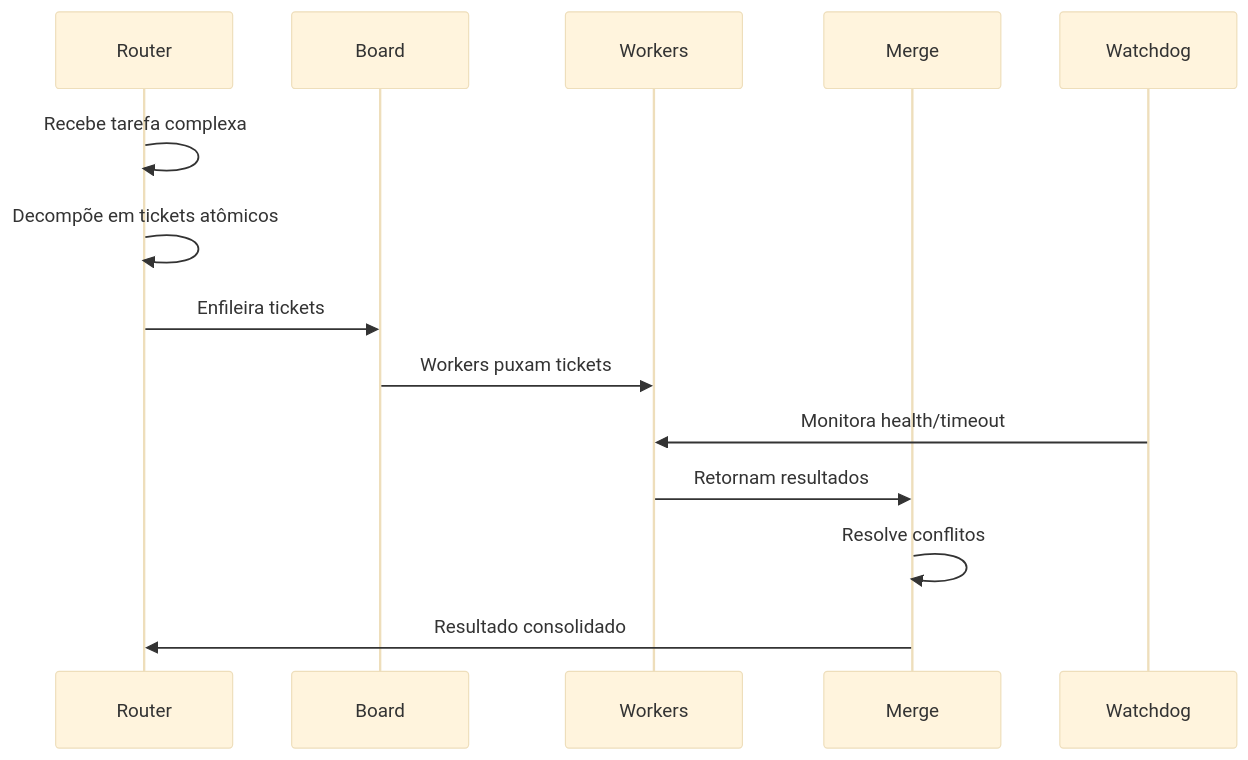
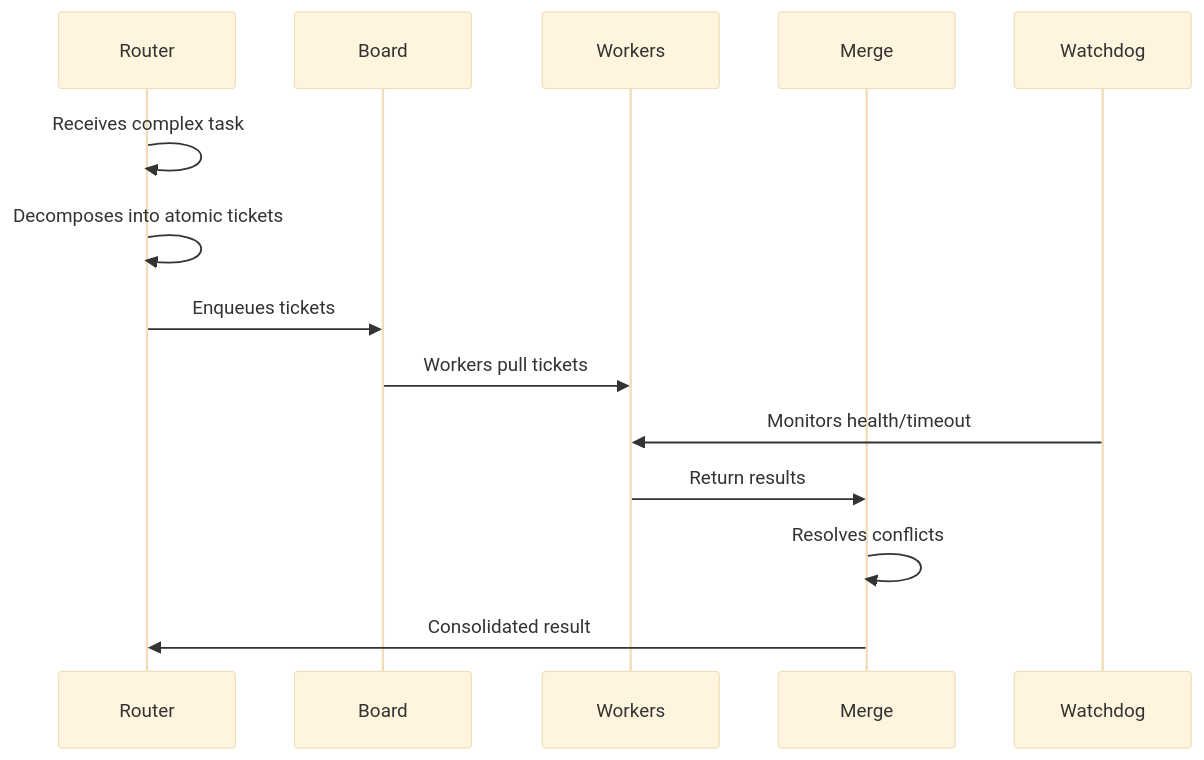
Before and after one commit to leonardo-moraes360/toolbelt: diagram 13 of 17 in docs/arquitetura.md, drawn with Mermaid (base theme). The commit also changed other lines of this file and 9 other files, not shown here.

````diff
--- a/docs/arquitetura.md
+++ b/docs/arquitetura.md
@@ -775,17 +775,17 @@
 ```mermaid
 sequenceDiagram
     participant R as Router
     participant B as Board
     participant W as Workers
     participant M as Merge
     participant WD as Watchdog
 
-    R->>R: Recebe tarefa complexa
-    R->>R: Decompõe em tickets atômicos
-    R->>B: Enfileira tickets
-    B->>W: Workers puxam tickets
-    WD->>W: Monitora health/timeout
-    W->>M: Retornam resultados
-    M->>M: Resolve conflitos
-    M->>R: Resultado consolidado
+    R->>R: Receives complex task
+    R->>R: Decomposes into atomic tickets
+    R->>B: Enqueues tickets
+    B->>W: Workers pull tickets
+    WD->>W: Monitors health/timeout
+    W->>M: Return results
+    M->>M: Resolves conflicts
+    M->>R: Consolidated result
 ```
````
